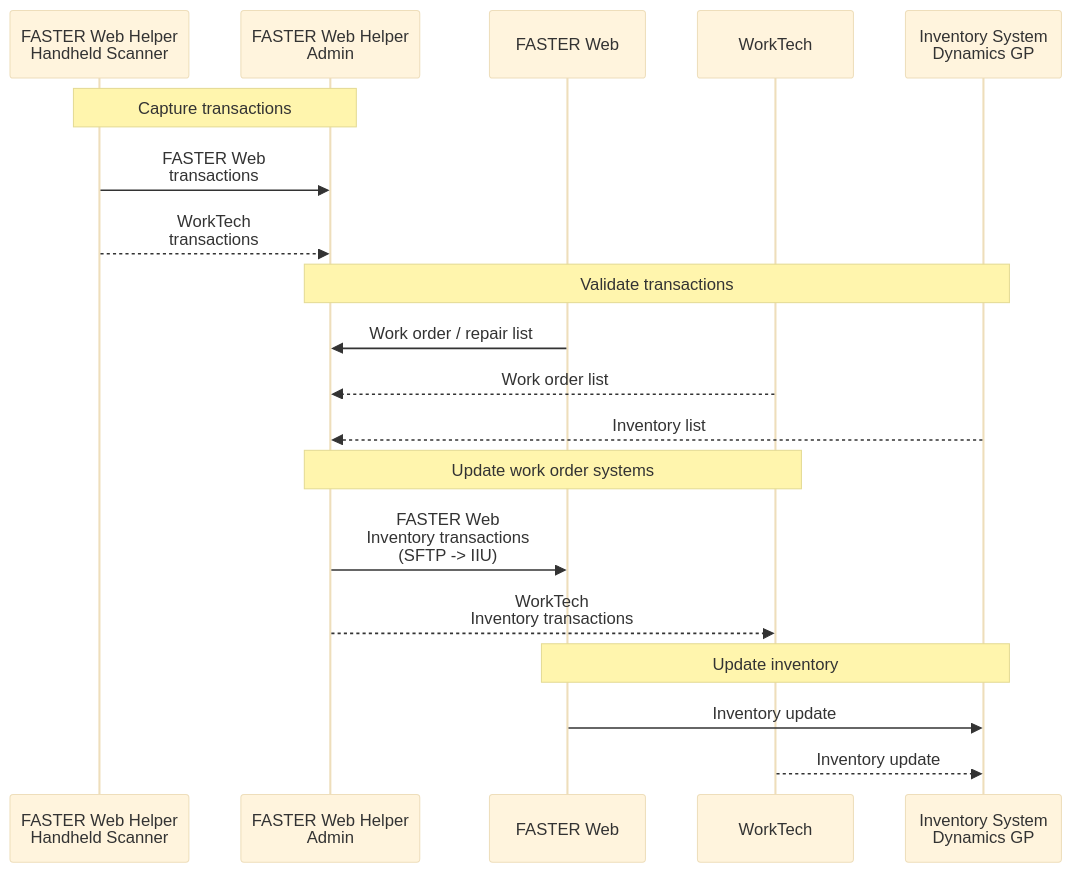
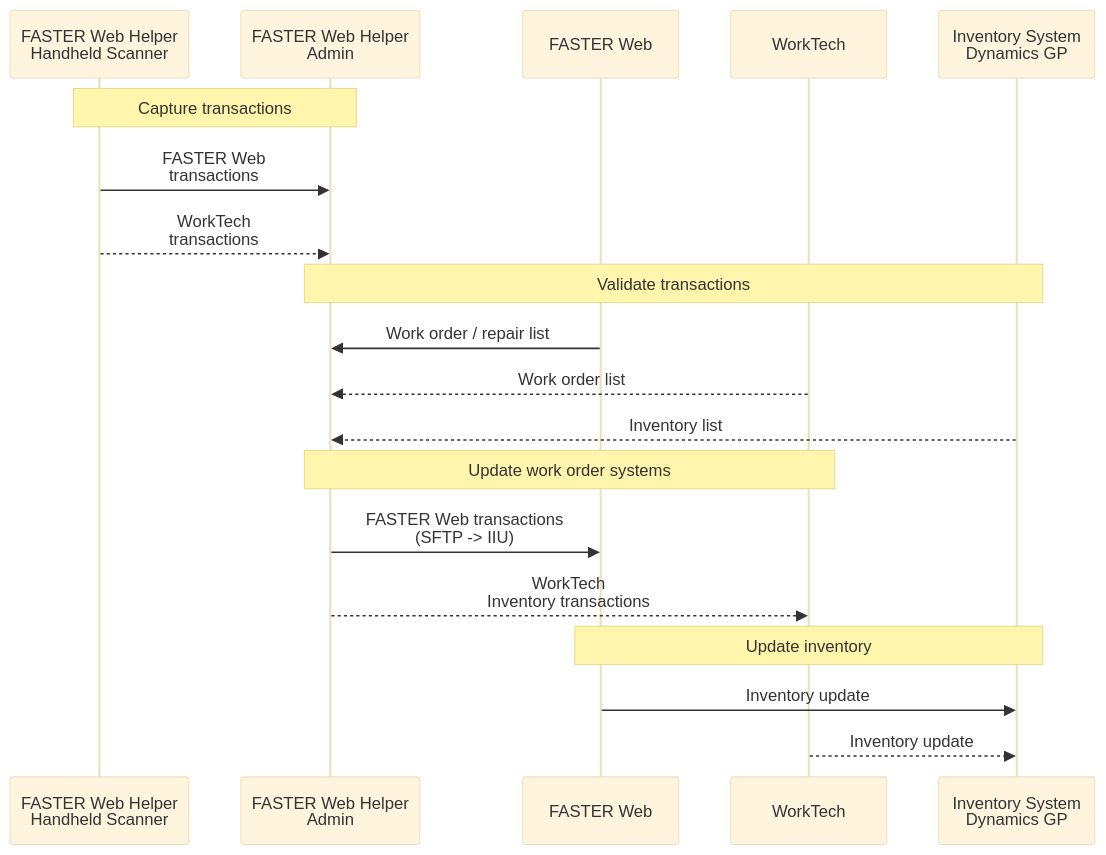
One commit to cityssm/faster-web-helper changed the diagram in modules/inventoryScanner/README.md. Above: the diagram before and after it, drawn with Mermaid (base theme).

Commit message:
remove inventory from faster

````diff
--- a/modules/inventoryScanner/README.md
+++ b/modules/inventoryScanner/README.md
@@ -29,25 +29,25 @@
 ```mermaid
 sequenceDiagram
     participant scanner as FASTER Web Helper<br />Handheld Scanner
     participant helper as FASTER Web Helper<br />Admin
     participant faster as FASTER Web
     participant worktech as WorkTech
     participant inventory as Inventory System<br />Dynamics GP
 
     note over scanner,helper: Capture transactions
     scanner->>helper: FASTER Web<br />transactions
     scanner-->>helper: WorkTech<br />transactions
 
     note over helper,inventory: Validate transactions
     faster->>helper: Work order / repair list
     worktech-->>helper: Work order list
     inventory-->>helper: Inventory list
 
     note over helper,worktech: Update work order systems
-    helper->>faster: FASTER Web<br />Inventory transactions<br />(SFTP -> IIU)
+    helper->>faster: FASTER Web transactions<br />(SFTP -> IIU)
     helper-->>worktech: WorkTech<br />Inventory transactions
 
     note over faster,inventory: Update inventory
     faster->>inventory: Inventory update
     worktech-->>inventory: Inventory update
 ```
````
